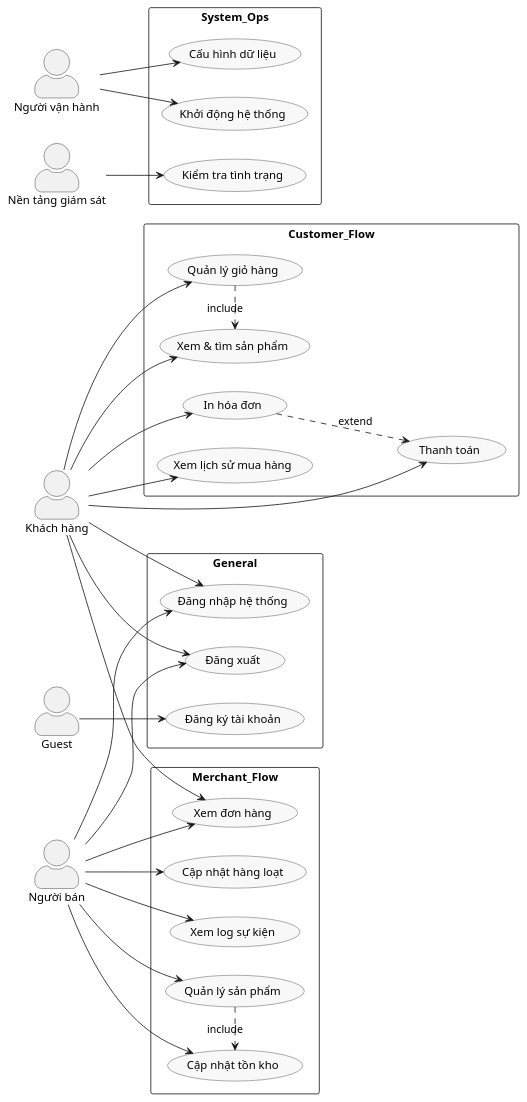
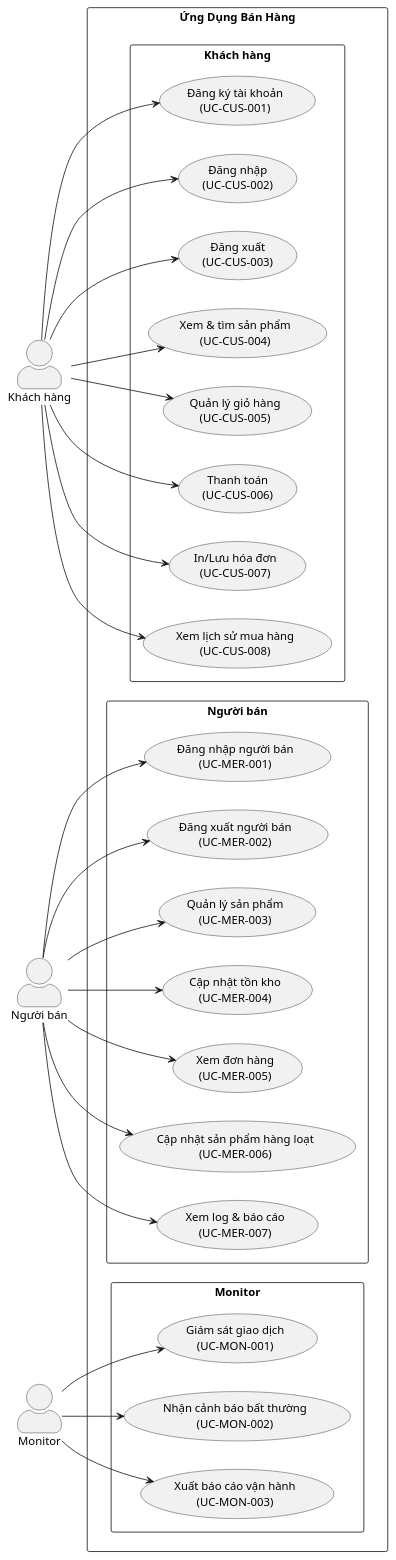
One commit to KhoaNguyen01004/QuanLyBanHang changed the diagram in Diagrams/software_usecases.puml. Above: the diagram before and after it, drawn with PlantUML. The commit also changed 2 other files, not shown here.

Commit message:
update use case

```diff
--- a/Diagrams/software_usecases.puml
+++ b/Diagrams/software_usecases.puml
@@ -1,82 +1,63 @@
 @startuml
-' Use Case Diagram - Version 3 (Syntax and Logic Optimized)
-skinparam shadowing false
-skinparam packageStyle rectangle
-skinparam usecaseBorderColor #333333
-skinparam usecaseBackgroundColor #F8F8F8
+left to right direction
 skinparam actorStyle awesome
-hide empty members
+skinparam packageStyle rect
 
-left to right direction
-
-actor Guest as Guest
+' Khai báo các actors theo thứ tự để chúng tự sắp xếp thành một cột thẳng hàng
 actor "Khách hàng" as Customer
 actor "Người bán" as Merchant
-actor "Người vận hành" as Ops
-actor "Nền tảng giám sát" as Monitor
+actor "Monitor" as MonitorActor
 
-' Khối chức năng chung (General)
-rectangle General {
-  usecase "Đăng ký tài khoản" as UC_GEN_001
-  usecase "Đăng nhập hệ thống" as UC_GEN_002
-  usecase "Đăng xuất" as UC_GEN_003
+rectangle "Ứng Dụng Bán Hàng" {
+  ' Khai báo các package theo thứ tự để chúng tự sắp xếp thành một hàng ngang thẳng hàng
+  package "Khách hàng" {
+    usecase "Đăng ký tài khoản\n(UC-CUS-001)" as UC_CUS_001
+    usecase "Đăng nhập\n(UC-CUS-002)" as UC_CUS_002
+    usecase "Đăng xuất\n(UC-CUS-003)" as UC_CUS_003
+    usecase "Xem & tìm sản phẩm\n(UC-CUS-004)" as UC_CUS_004
+    usecase "Quản lý giỏ hàng\n(UC-CUS-005)" as UC_CUS_005
+    usecase "Thanh toán\n(UC-CUS-006)" as UC_CUS_006
+    usecase "In/Lưu hóa đơn\n(UC-CUS-007)" as UC_CUS_007
+    usecase "Xem lịch sử mua hàng\n(UC-CUS-008)" as UC_CUS_008
+  }
+
+  package "Người bán" {
+    usecase "Đăng nhập người bán\n(UC-MER-001)" as UC_MER_001
+    usecase "Đăng xuất người bán\n(UC-MER-002)" as UC_MER_002
+    usecase "Quản lý sản phẩm\n(UC-MER-003)" as UC_MER_003
+    usecase "Cập nhật tồn kho\n(UC-MER-004)" as UC_MER_004
+    usecase "Xem đơn hàng\n(UC-MER-005)" as UC_MER_005
+    usecase "Cập nhật sản phẩm hàng loạt\n(UC-MER-006)" as UC_MER_006
+    usecase "Xem log & báo cáo\n(UC-MER-007)" as UC_MER_007
+  }
+
+  package "Monitor" {
+    usecase "Giám sát giao dịch\n(UC-MON-001)" as UC_MON_001
+    usecase "Nhận cảnh báo bất thường\n(UC-MON-002)" as UC_MON_002
+    usecase "Xuất báo cáo vận hành\n(UC-MON-003)" as UC_MON_003
+  }
 }
 
-' Khối chức năng vận hành hệ thống (System Operations)
-rectangle System_Ops {
-  usecase "Kiểm tra tình trạng" as UC_GEN_004
-  usecase "Khởi động hệ thống" as UC_GEN_005
-  usecase "Cấu hình dữ liệu" as UC_GEN_006
-}
-
-' Khối chức năng Khách hàng (Customer)
-rectangle Customer_Flow {
-  usecase "Xem & tìm sản phẩm" as UC_CUS_001
-  usecase "Quản lý giỏ hàng" as UC_CUS_002
-  usecase "Thanh toán" as UC_CUS_003
-  usecase "In hóa đơn" as UC_CUS_004
-  usecase "Xem lịch sử mua hàng" as UC_CUS_005
-
-  ' Mối quan hệ nghiệp vụ
-  UC_CUS_004 ..> UC_CUS_003 : «extend»
-  UC_CUS_002 .> UC_CUS_001 : «include»
-}
-
-' Khối chức năng Người bán (Merchant)
-rectangle Merchant_Flow {
-  usecase "Quản lý sản phẩm" as UC_MER_001
-  usecase "Cập nhật tồn kho" as UC_MER_002
-  usecase "Xem đơn hàng" as UC_MER_003
-  usecase "Cập nhật hàng loạt" as UC_MER_004
-  usecase "Xem log sự kiện" as UC_MER_005
-
-  ' Mối quan hệ nghiệp vụ
-  UC_MER_001 .> UC_MER_002 : «include»
-}
-
-' =========================================================
-' Actor associations
-' =========================================================
-Guest --> UC_GEN_001
-Customer --> UC_GEN_002
-Customer --> UC_GEN_003
+' Liên kết Actors và Use Cases
 Customer --> UC_CUS_001
 Customer --> UC_CUS_002
 Customer --> UC_CUS_003
 Customer --> UC_CUS_004
 Customer --> UC_CUS_005
-Customer --> UC_MER_003
+Customer --> UC_CUS_006
+Customer --> UC_CUS_007
+Customer --> UC_CUS_008
 
-Merchant --> UC_GEN_002
-Merchant --> UC_GEN_003
 Merchant --> UC_MER_001
 Merchant --> UC_MER_002
 Merchant --> UC_MER_003
 Merchant --> UC_MER_004
 Merchant --> UC_MER_005
+Merchant --> UC_MER_006
+Merchant --> UC_MER_007
 
-Ops --> UC_GEN_005
-Ops --> UC_GEN_006
-Monitor --> UC_GEN_004
+MonitorActor --> UC_MON_001
+MonitorActor --> UC_MON_002
+MonitorActor --> UC_MON_003
 
 @enduml
```
